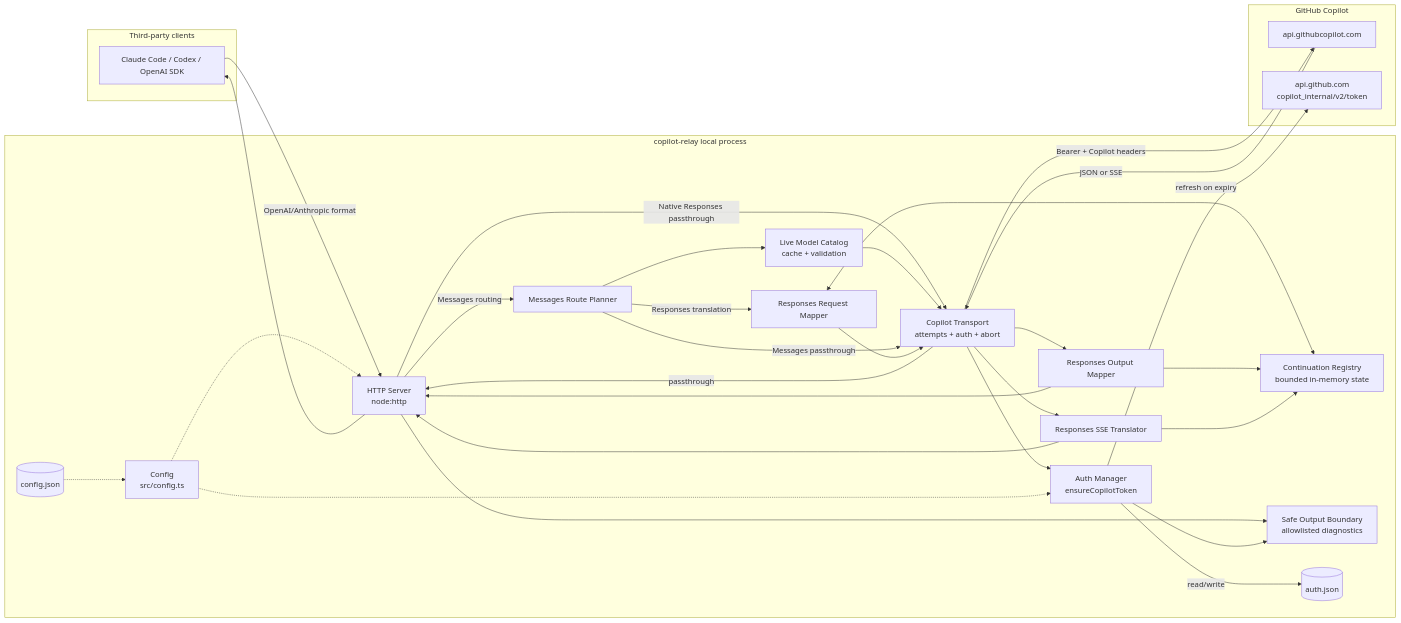
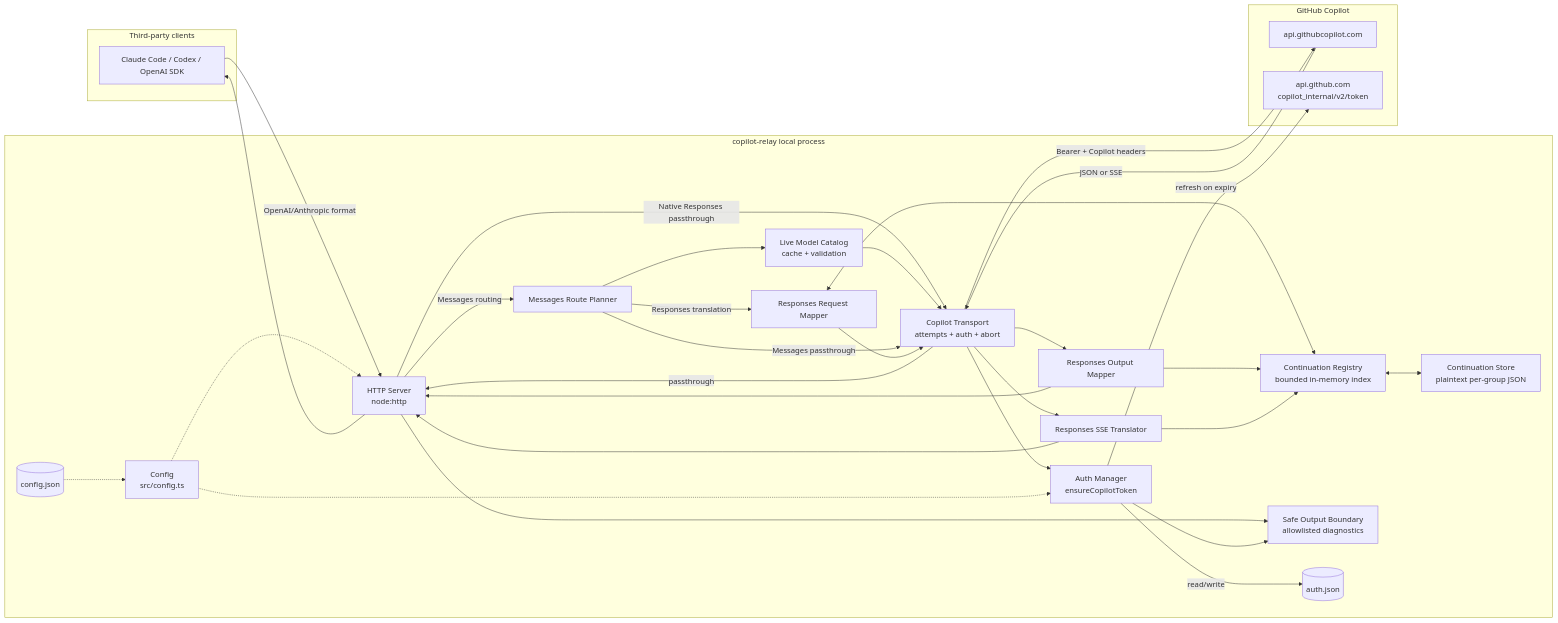
Before and after one commit to luciferwww/copilot-relay: the first of 5 diagrams in docs/design.md, drawn with Mermaid. The commit also changed other lines of this file and 13 other files, not shown here.

````diff
--- a/docs/design.md
+++ b/docs/design.md
@@ -12,55 +14,57 @@
 ```mermaid
 flowchart LR
     subgraph Client[Third-party clients]
         A[Claude Code / Codex / OpenAI SDK]
     end
 
     subgraph Proxy[copilot-relay local process]
         B[HTTP Server<br/>node:http]
         C[Auth Manager<br/>ensureCopilotToken]
         D[Copilot Transport<br/>attempts + auth + abort]
         I[Live Model Catalog<br/>cache + validation]
         J[Messages Route Planner]
         L[Responses Request Mapper]
         M[Responses Output Mapper]
         N[Responses SSE Translator]
-        O[Continuation Registry<br/>bounded in-memory state]
+        O[Continuation Registry<br/>bounded in-memory index]
+        Q[Continuation Store<br/>plaintext per-group JSON]
         P[Safe Output Boundary<br/>allowlisted diagnostics]
         K[Config<br/>src/config.ts]
         E[(auth.json)]
         F[(config.json)]
     end
 
     subgraph GitHub[GitHub Copilot]
         G[api.githubcopilot.com]
         H[api.github.com<br/>copilot_internal/v2/token]
     end
 
     A -->|OpenAI/Anthropic format| B
     B -->|Messages routing| J
     B -->|Native Responses passthrough| D
     J --> I
     I --> D
     J -->|Messages passthrough| D
     J -->|Responses translation| L
     L <--> O
+    O <--> Q
     L --> D
     D --> C
     C -- read/write --> E
     C -- refresh on expiry --> H
     D -->|Bearer + Copilot headers| G
     G -->|JSON or SSE| D
     D -->|passthrough| B
     D --> M
     D --> N
     M --> O
     N --> O
     M --> B
     N --> B
     B --> P
     C --> P
     B --> A
     F -.-> K
     K -.-> B
     K -.-> C
 ```
````
